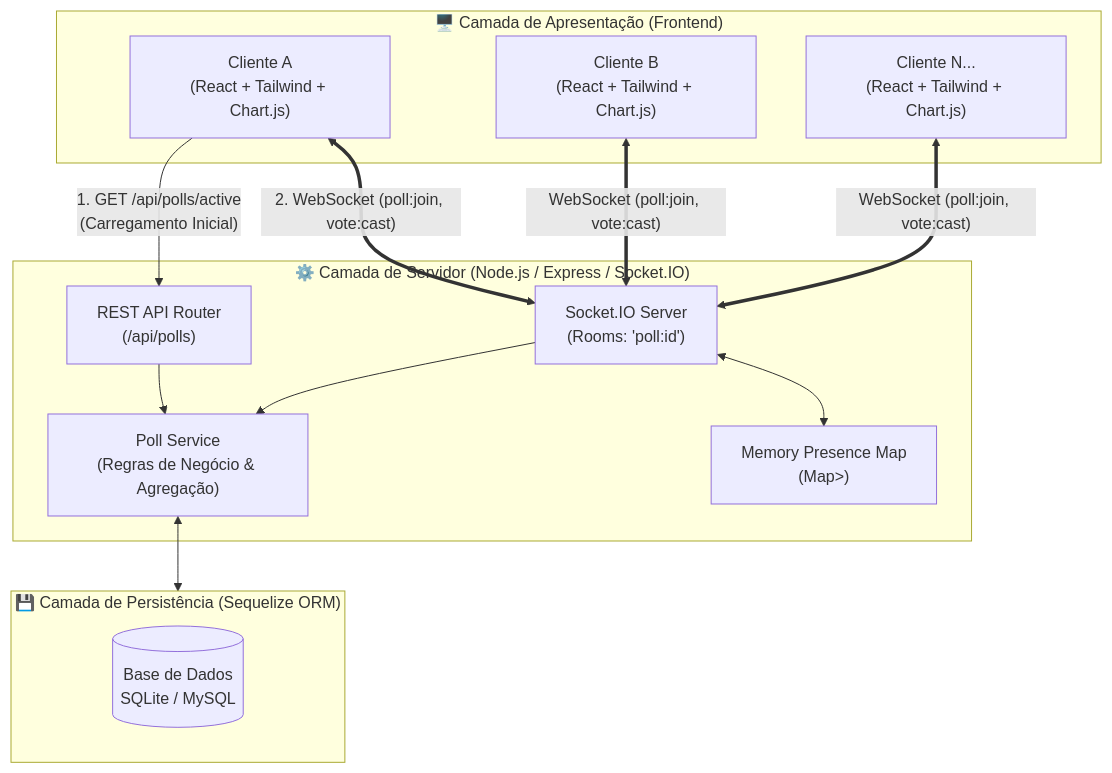
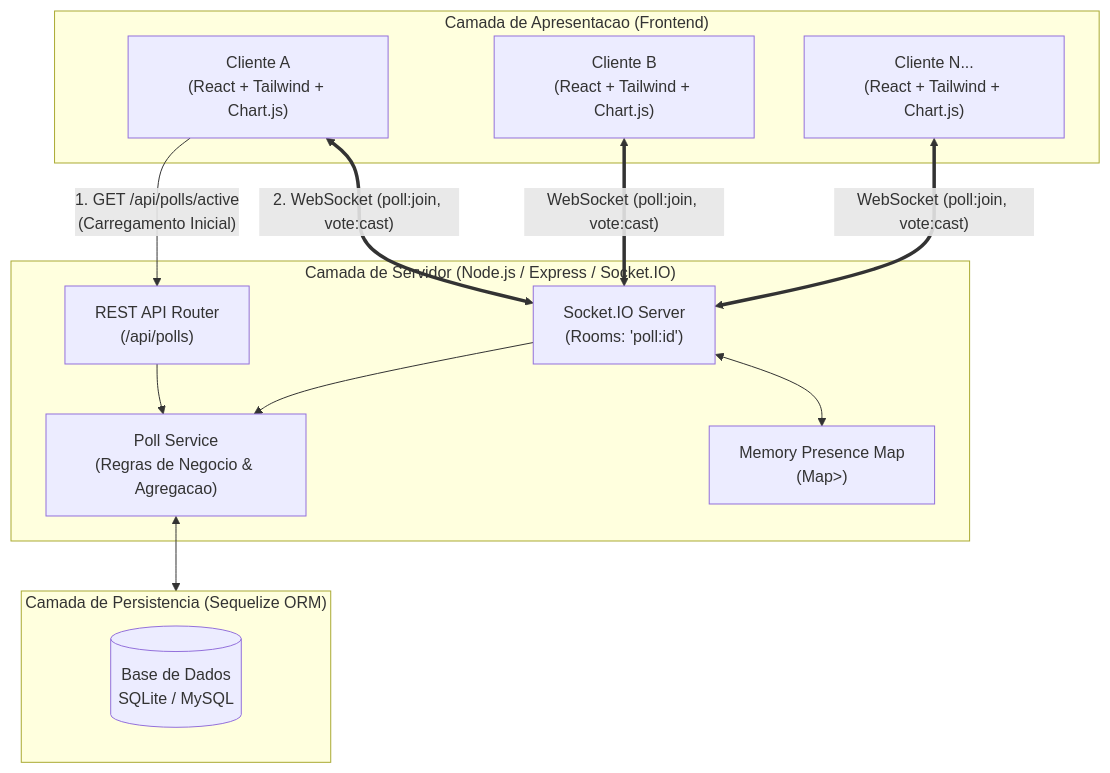
One commit to mozstream01-gif/Real-Time-Poll changed the first of 3 diagrams in realtime-poll-full/README.md. Above: the diagram before and after it, drawn with Mermaid. The commit also changed other lines of this file and 8 other files, not shown here.

````diff
--- a/realtime-poll-full/README.md
+++ b/realtime-poll-full/README.md
@@ -43,30 +43,30 @@
 ```mermaid
 flowchart TB
-    subgraph Clientes ["🖥️ Camada de Apresentação (Frontend)"]
+    subgraph Clientes ["Camada de Apresentacao (Frontend)"]
         BrowserA["Cliente A\n(React + Tailwind + Chart.js)"]
         BrowserB["Cliente B\n(React + Tailwind + Chart.js)"]
         BrowserC["Cliente N...\n(React + Tailwind + Chart.js)"]
     end
 
-    subgraph Backend ["⚙️ Camada de Servidor (Node.js / Express / Socket.IO)"]
+    subgraph Backend ["Camada de Servidor (Node.js / Express / Socket.IO)"]
         HTTPRouter["REST API Router\n(/api/polls)"]
         SocketEngine["Socket.IO Server\n(Rooms: 'poll:id')"]
-        PollService["Poll Service\n(Regras de Negócio & Agregação)"]
+        PollService["Poll Service\n(Regras de Negocio & Agregacao)"]
         PresenceMap["Memory Presence Map\n(Map<pollId, Set<socketId>>)"]
     end
 
-    subgraph Storage ["💾 Camada de Persistência (Sequelize ORM)"]
+    subgraph Storage ["Camada de Persistencia (Sequelize ORM)"]
         DB[(Base de Dados\nSQLite / MySQL)]
     end
 
     BrowserA -- "1. GET /api/polls/active\n(Carregamento Inicial)" --> HTTPRouter
     BrowserA <== "2. WebSocket (poll:join, vote:cast)" ==> SocketEngine
 
     BrowserB <== "WebSocket (poll:join, vote:cast)" ==> SocketEngine
     BrowserC <== "WebSocket (poll:join, vote:cast)" ==> SocketEngine
 
     HTTPRouter --> PollService
     SocketEngine --> PollService
     SocketEngine <--> PresenceMap
     PollService <--> Storage
 ```
````
